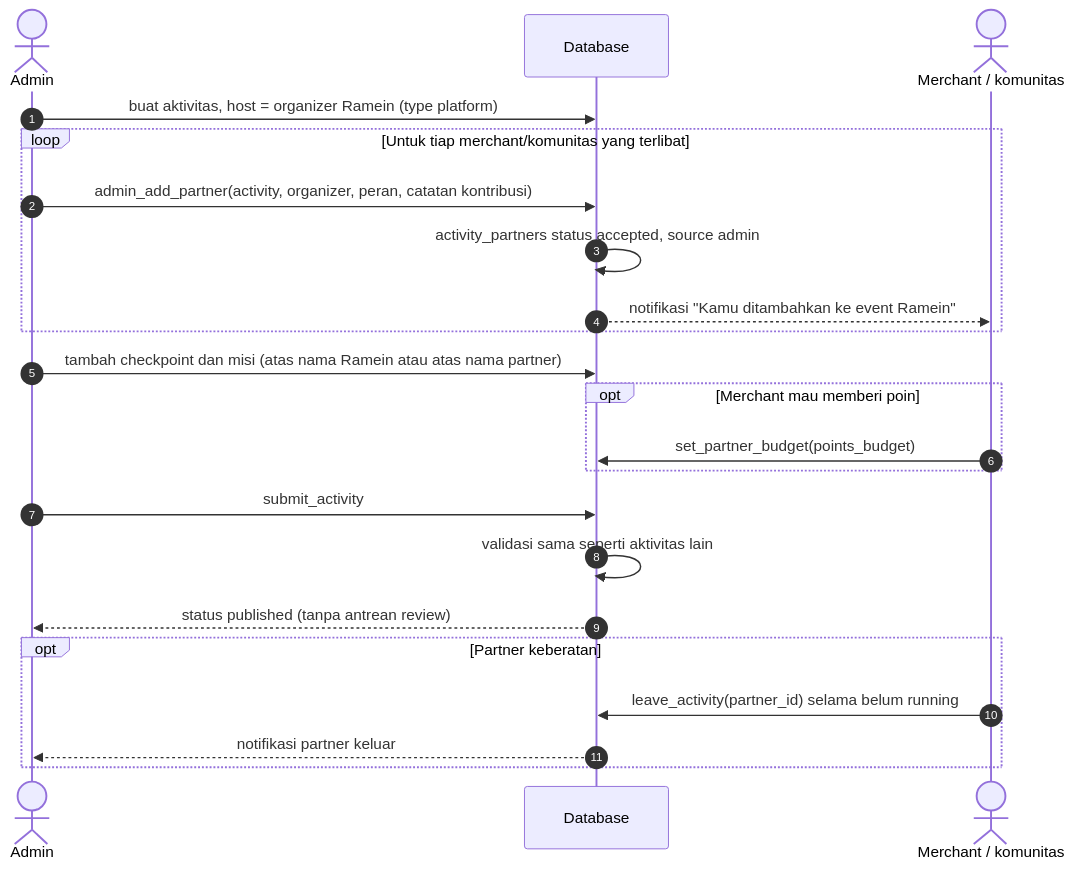
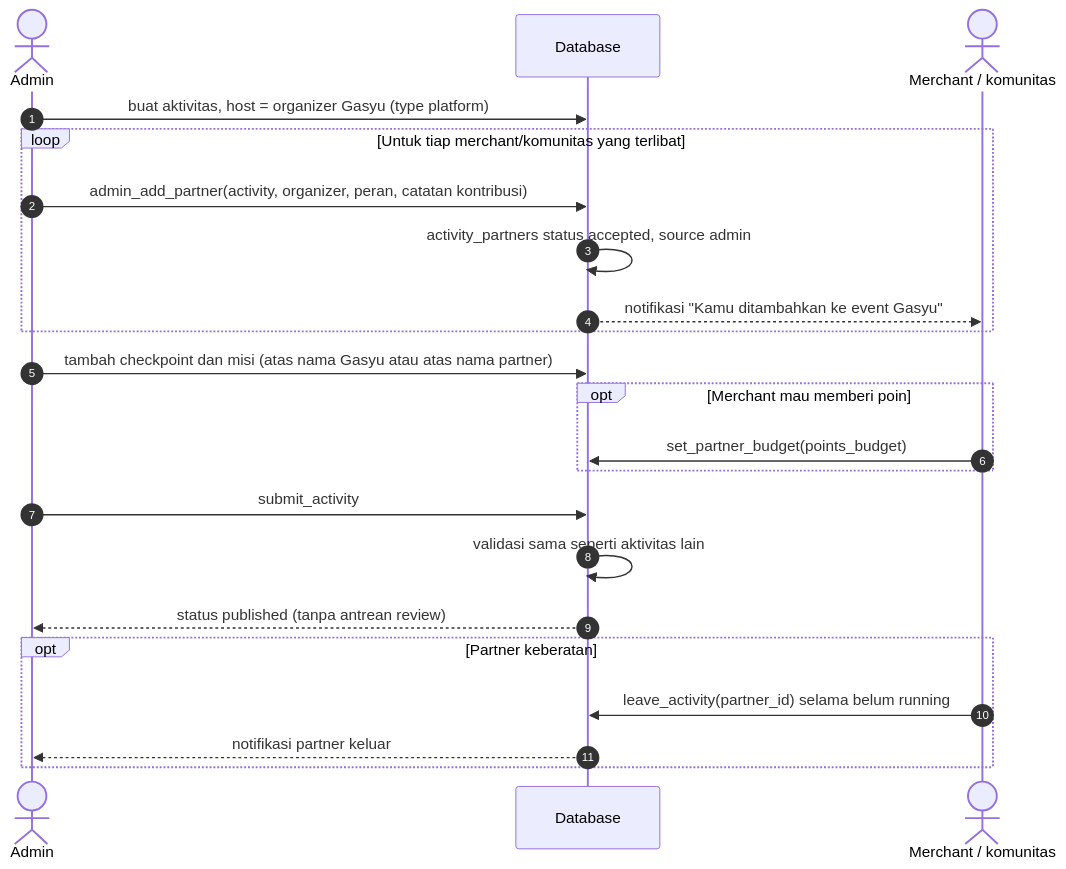
Before and after one commit to mirwanma/gasyu: diagram 14 of 26 in docs/ALUR-SISTEM.md, drawn with Mermaid. The commit also changed other lines of this file and 71 other files, not shown here.

First line of the commit message:
Ganti nama aplikasi dari Ramein menjadi Gasyu

````diff
--- a/docs/ALUR-SISTEM.md
+++ b/docs/ALUR-SISTEM.md
@@ -632,24 +632,24 @@
 ```mermaid
 sequenceDiagram
     autonumber
     actor A as Admin
     participant DB as Database
     actor P as Merchant / komunitas
-    A->>DB: buat aktivitas, host = organizer Ramein (type platform)
+    A->>DB: buat aktivitas, host = organizer Gasyu (type platform)
     loop Untuk tiap merchant/komunitas yang terlibat
         A->>DB: admin_add_partner(activity, organizer, peran, catatan kontribusi)
         DB->>DB: activity_partners status accepted, source admin
-        DB-->>P: notifikasi "Kamu ditambahkan ke event Ramein"
+        DB-->>P: notifikasi "Kamu ditambahkan ke event Gasyu"
     end
-    A->>DB: tambah checkpoint dan misi (atas nama Ramein atau atas nama partner)
+    A->>DB: tambah checkpoint dan misi (atas nama Gasyu atau atas nama partner)
     opt Merchant mau memberi poin
         P->>DB: set_partner_budget(points_budget)
     end
     A->>DB: submit_activity
     DB->>DB: validasi sama seperti aktivitas lain
     DB-->>A: status published (tanpa antrean review)
     opt Partner keberatan
         P->>DB: leave_activity(partner_id) selama belum running
         DB-->>A: notifikasi partner keluar
     end
 ```
````
